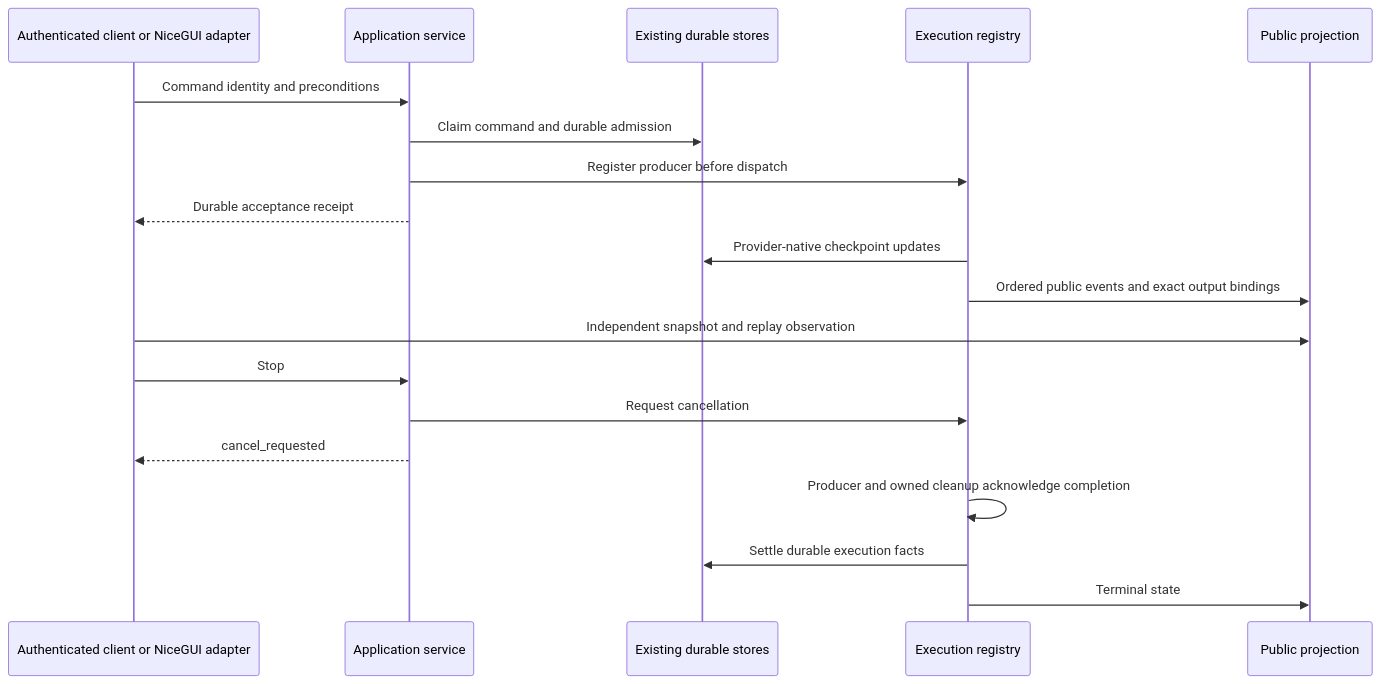
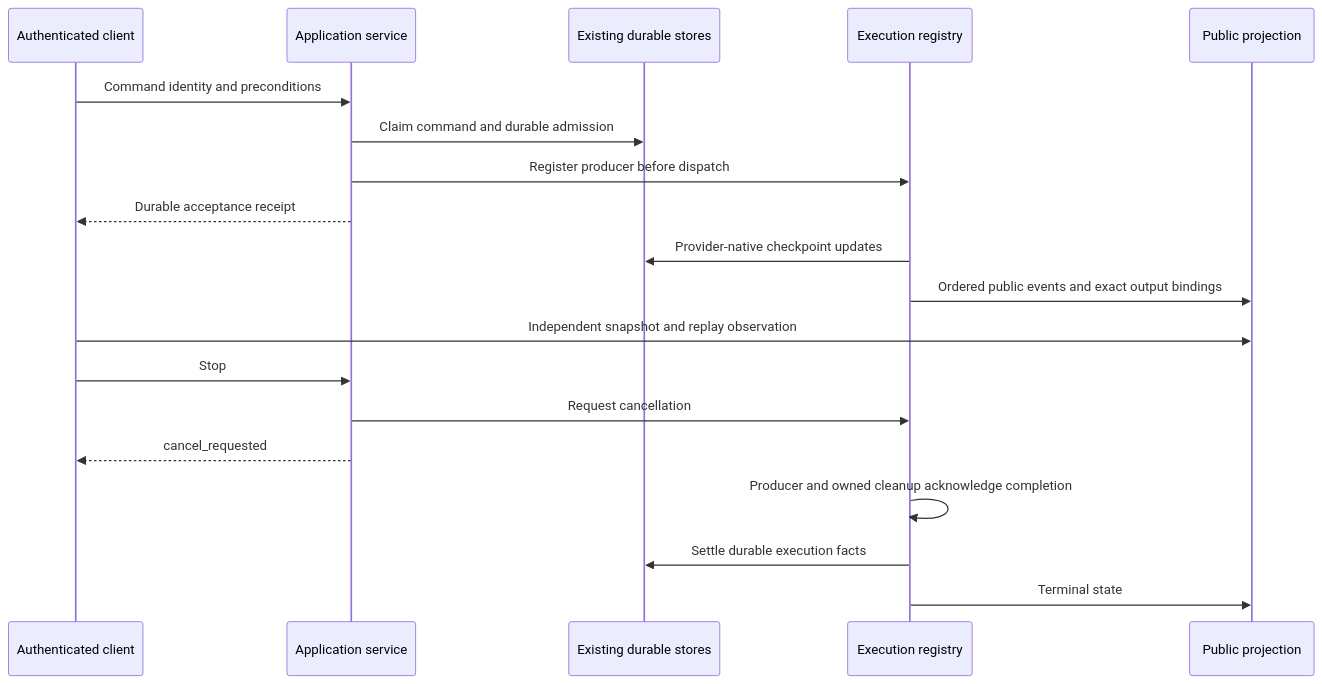
One commit to siddsachar/row-bot changed the diagram in docs/CLIENT_PLATFORM.md. Above: the diagram before and after it, drawn with Mermaid. The commit also changed other lines of this file and 19 other files, not shown here.

First line of the commit message:
Docs: React is the only client; NiceGUI is a historical note

````diff
--- a/docs/CLIENT_PLATFORM.md
+++ b/docs/CLIENT_PLATFORM.md
@@ -37,21 +35,21 @@
 ```mermaid
 sequenceDiagram
-    participant C as Authenticated client or NiceGUI adapter
+    participant C as Authenticated client
     participant A as Application service
     participant D as Existing durable stores
     participant R as Execution registry
     participant P as Public projection
     C->>A: Command identity and preconditions
     A->>D: Claim command and durable admission
     A->>R: Register producer before dispatch
     A-->>C: Durable acceptance receipt
     R->>D: Provider-native checkpoint updates
     R->>P: Ordered public events and exact output bindings
     C->>P: Independent snapshot and replay observation
     C->>A: Stop
     A->>R: Request cancellation
     A-->>C: cancel_requested
     R->>R: Producer and owned cleanup acknowledge completion
     R->>D: Settle durable execution facts
     R->>P: Terminal state
 ```
````
